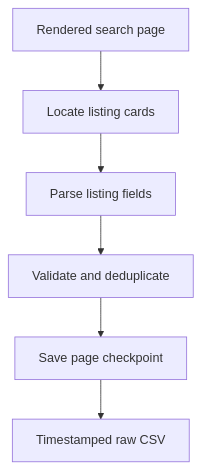
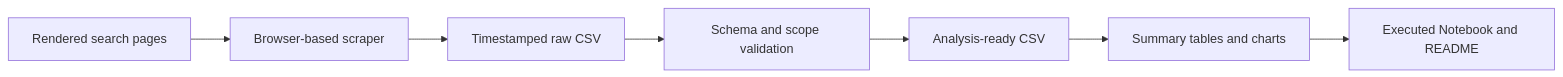
One commit to BlazingTheTrail/Projects changed the diagram in README.md. Above: the diagram before and after it, drawn with Mermaid. The commit also changed other lines of this file, not shown here.

````diff
--- a/README.md
+++ b/README.md
@@ -46,8 +106,9 @@
 ```mermaid
-flowchart TD
-    A[Rendered search page] --> B[Locate listing cards]
-    B --> C[Parse listing fields]
-    C --> D[Validate and deduplicate]
-    D --> E[Save page checkpoint]
-    E --> F[Timestamped raw CSV]
+flowchart LR
+    A[Rendered search pages] --> B[Browser-based scraper]
+    B --> C[Timestamped raw CSV]
+    C --> D[Schema and scope validation]
+    D --> E[Analysis-ready CSV]
+    E --> F[Summary tables and charts]
+    F --> G[Executed Notebook and README]
 ```
````
